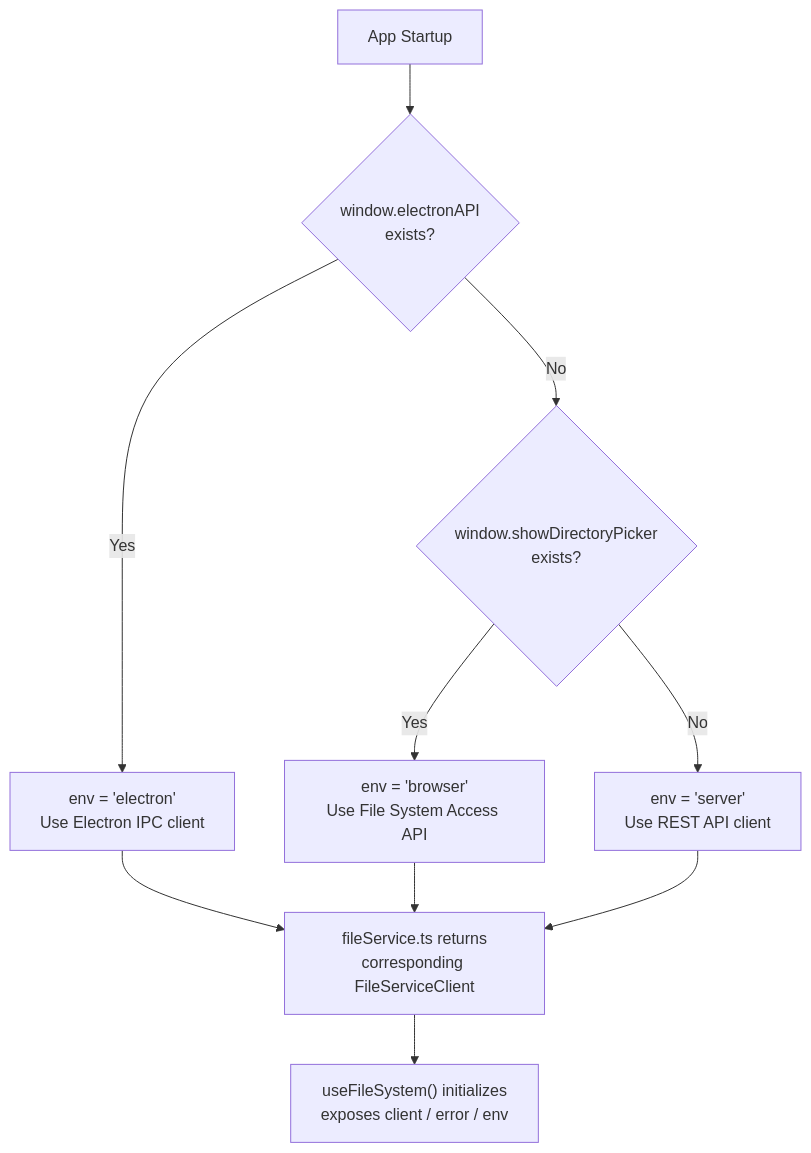
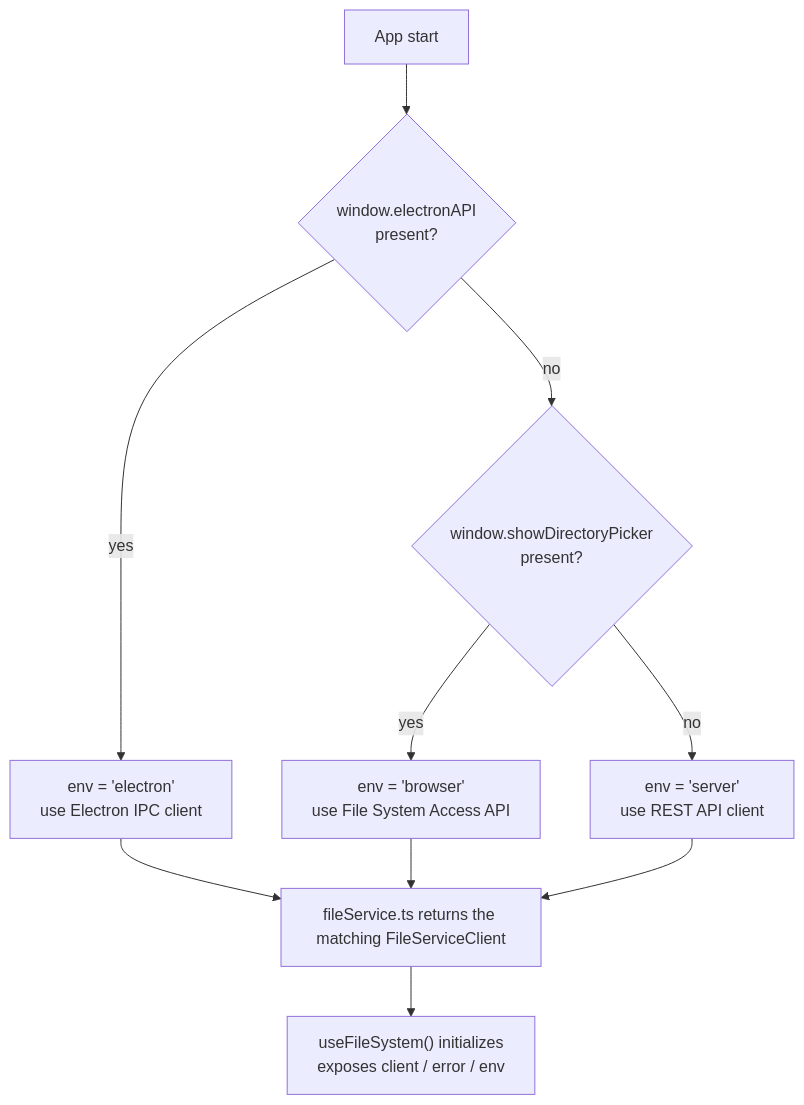
The third of 5 diagrams in README_EN.md (yishuw/Openwork_wy), drawn with Mermaid before and after one commit. The commit also changed other lines of this file and 16 other files, not shown here.

````diff
--- a/README_EN.md
+++ b/README_EN.md
@@ -216,12 +233,12 @@
 ```mermaid
 flowchart TD
-    A["App Startup"] --> B{"window.electronAPI<br/>exists?"}
-    B -->|Yes| C["env = 'electron'<br/>Use Electron IPC client"]
-    B -->|No| D{"window.showDirectoryPicker<br/>exists?"}
-    D -->|Yes| E["env = 'browser'<br/>Use File System Access API"]
-    D -->|No| F["env = 'server'<br/>Use REST API client"]
-    C --> G["fileService.ts returns<br/>corresponding FileServiceClient"]
+    A["App start"] --> B{"window.electronAPI<br/>present?"}
+    B -->|yes| C["env = 'electron'<br/>use Electron IPC client"]
+    B -->|no| D{"window.showDirectoryPicker<br/>present?"}
+    D -->|yes| E["env = 'browser'<br/>use File System Access API"]
+    D -->|no| F["env = 'server'<br/>use REST API client"]
+    C --> G["fileService.ts returns the matching FileServiceClient"]
     E --> G
     F --> G
     G --> H["useFileSystem() initializes<br/>exposes client / error / env"]
 ```
````
